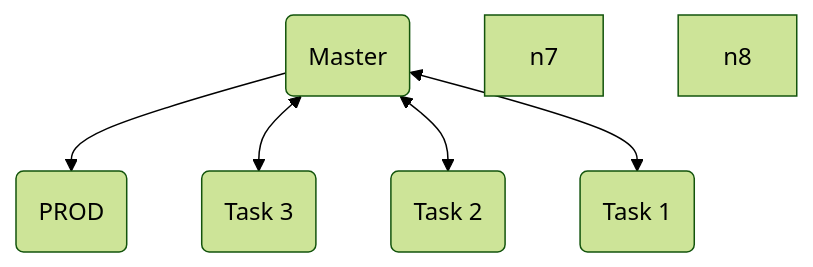
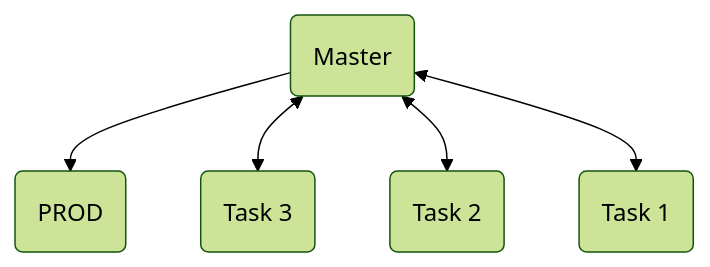
Before and after one commit to Game-GOTY/Unity: the diagram in README.md, drawn with Mermaid (forest theme).

````diff
--- a/README.md
+++ b/README.md
@@ -19,15 +19,13 @@
 ```mermaid
 flowchart TD
   n2["Master"] --> n1["PROD"]
   n2 <--> n5["Task 3"]
   n2 <--> n4["Task 2"]
   n2 <--> n3["Task 1"]
-  n7["n7"]
-  n8["n8"]
   
   n2@{ shape: rounded}
   n1@{ shape: rounded}
   n5@{ shape: rounded}
   n4@{ shape: rounded}
   n3@{ shape: rounded}
 ```
````
